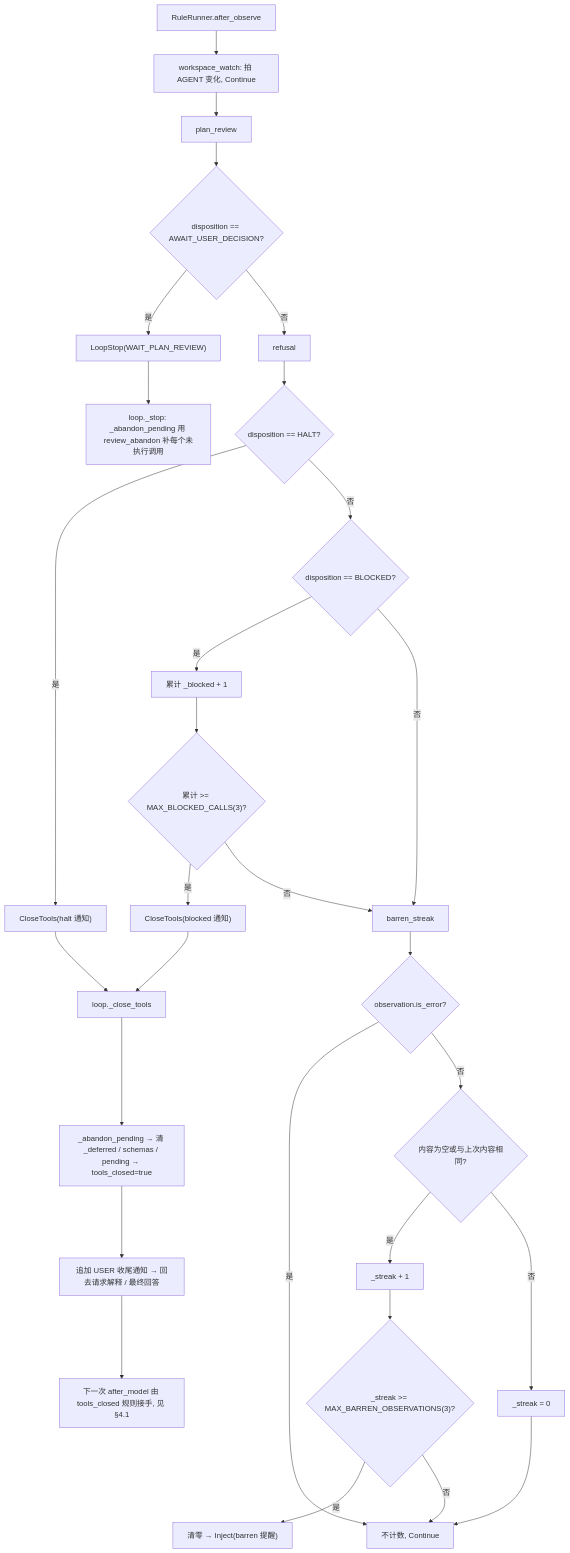
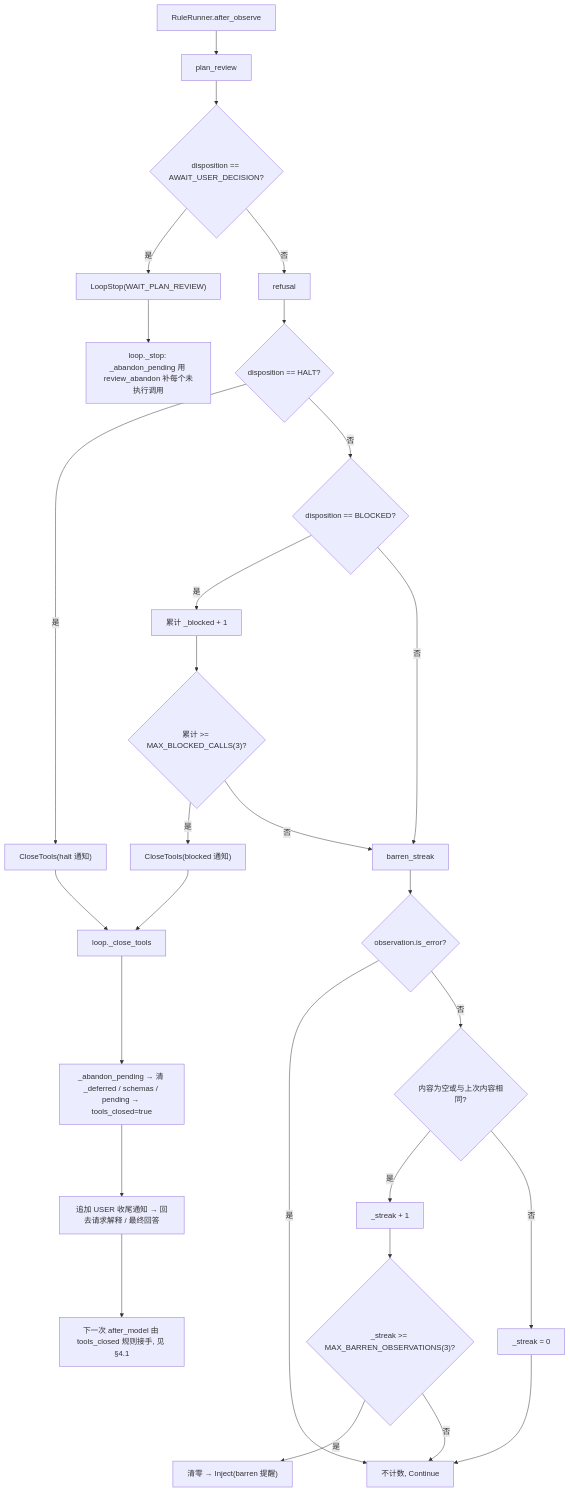
Diagram 12 of 53 in docs/06-代码阅读线路.md (qubaolai/ForgeCLI), drawn with Mermaid before and after one commit. The commit also changed other lines of this file and 54 other files, not shown here.

````diff
--- a/docs/06-代码阅读线路.md
+++ b/docs/06-代码阅读线路.md
@@ -579,31 +576,30 @@
 ```mermaid
 flowchart TD
-    A["RuleRunner.after_observe"] --> B["workspace_watch: 拍 AGENT 变化, Continue"]
-    B --> C["plan_review"]
+    A["RuleRunner.after_observe"] --> C["plan_review"]
     C --> D{"disposition == AWAIT_USER_DECISION?"}
     D -->|是| E["LoopStop(WAIT_PLAN_REVIEW)"]
     D -->|否| F["refusal"]
     F --> G{"disposition == HALT?"}
     G -->|是| H["CloseTools(halt 通知)"]
     G -->|否| I{"disposition == BLOCKED?"}
     I -->|是| J["累计 _blocked + 1"]
     J --> K{"累计 >= MAX_BLOCKED_CALLS(3)?"}
     K -->|是| L["CloseTools(blocked 通知)"]
     K -->|否| M["barren_streak"]
     I -->|否| M
     M --> N{"observation.is_error?"}
     N -->|是| O["不计数, Continue"]
     N -->|否| P{"内容为空或与上次内容相同?"}
     P -->|是| Q["_streak + 1"]
     P -->|否| R["_streak = 0"]
     Q --> S{"_streak >= MAX_BARREN_OBSERVATIONS(3)?"}
     S -->|是| T["清零 → Inject(barren 提醒)"]
     S -->|否| O
     R --> O
     E --> U["loop._stop: _abandon_pending 用 review_abandon 补每个未执行调用"]
     H --> V["loop._close_tools"]
     L --> V
     V --> W["_abandon_pending → 清 _deferred / schemas / pending → tools_closed=true"]
     W --> X["追加 USER 收尾通知 → 回去请求解释 / 最终回答"]
     X --> Y["下一次 after_model 由 tools_closed 规则接手, 见 §4.1"]
 ```
````
